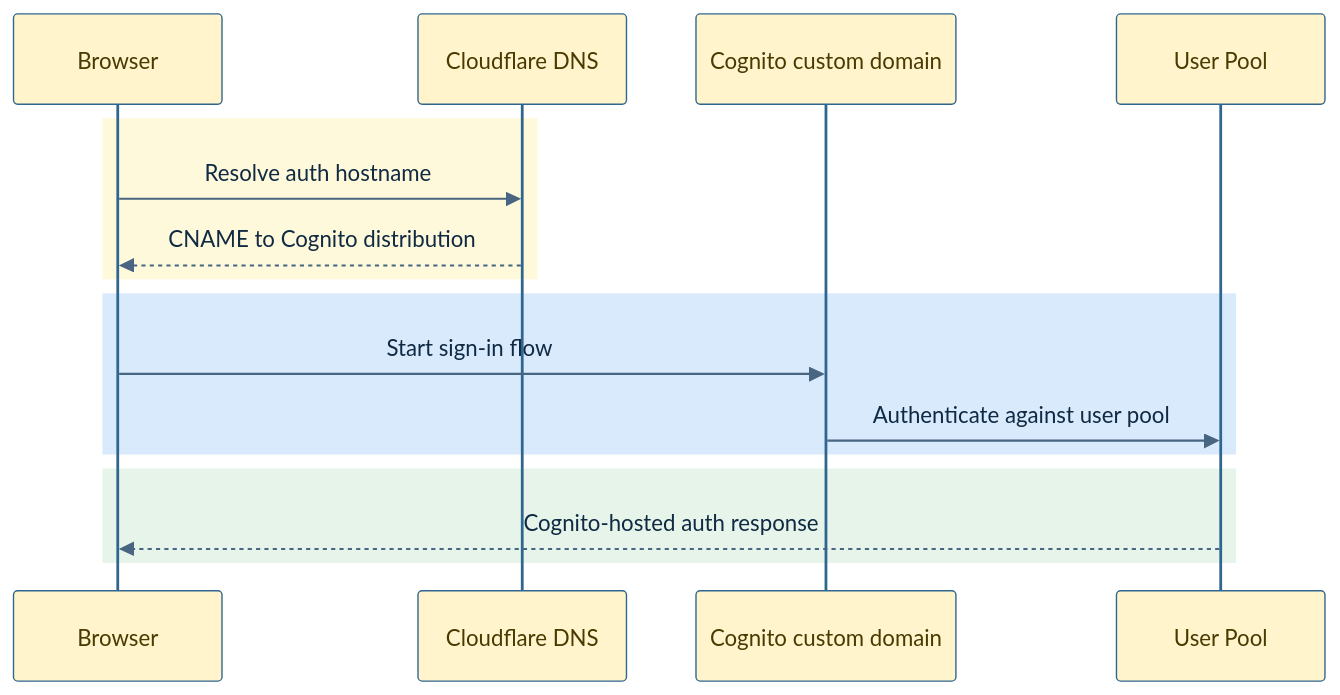
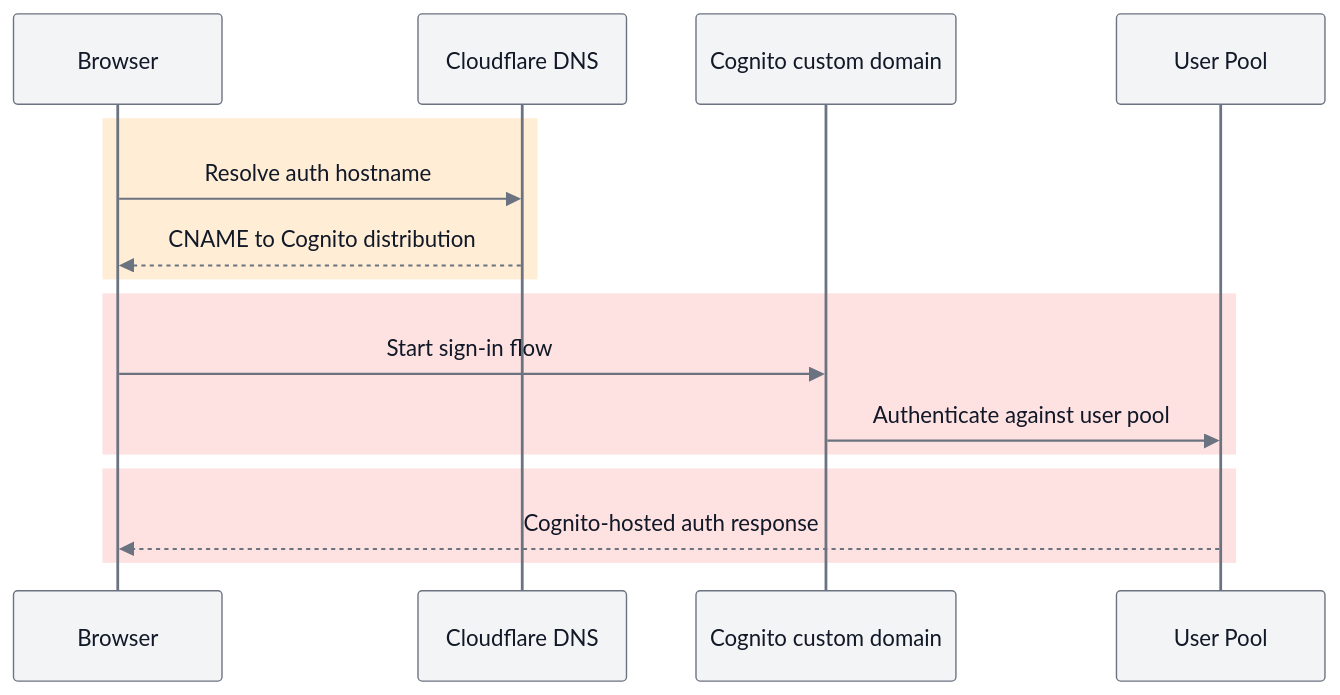
One commit to reiganarmstrong/check-split-mono changed the second of 2 diagrams in infra/modules/cognito-auth/README.md. Above: the diagram before and after it, drawn with Mermaid. The commit also changed other lines of this file and 9 other files, not shown here.

First line of the commit message:
docs(readme): align architecture diagrams and hosting docs

````diff
--- a/infra/modules/cognito-auth/README.md
+++ b/infra/modules/cognito-auth/README.md
@@ -56,35 +58,35 @@
 ```mermaid
 ---
 config:
   theme: base
   themeVariables:
     primaryColor: "#D9EAFD"
     primaryTextColor: "#102A43"
     primaryBorderColor: "#2F6690"
-    actorBorder: "#2F6690"
-    actorBkg: "#FFF4CC"
-    actorTextColor: "#4A3A00"
-    signalColor: "#486581"
-    signalTextColor: "#102A43"
-    labelBoxBkgColor: "#E6F4EA"
-    labelBoxBorderColor: "#3C6E47"
-    labelTextColor: "#132A13"
+    actorBorder: "#6B7280"
+    actorBkg: "#F3F4F6"
+    actorTextColor: "#111827"
+    signalColor: "#6B7280"
+    signalTextColor: "#111827"
+    labelBoxBkgColor: "#F9FAFB"
+    labelBoxBorderColor: "#D1D5DB"
+    labelTextColor: "#111827"
 ---
 sequenceDiagram
   participant B as Browser
   participant CF as Cloudflare DNS
   participant CD as Cognito custom domain
   participant UP as User Pool
 
-  rect rgb(255, 249, 219)
+  rect rgb(255, 237, 213)
   B->>CF: Resolve auth hostname
   CF-->>B: CNAME to Cognito distribution
   end
-  rect rgb(217, 234, 253)
+  rect rgb(254, 226, 226)
   B->>CD: Start sign-in flow
   CD->>UP: Authenticate against user pool
   end
-  rect rgb(230, 244, 234)
+  rect rgb(254, 226, 226)
   UP-->>B: Cognito-hosted auth response
   end
 ```
````
